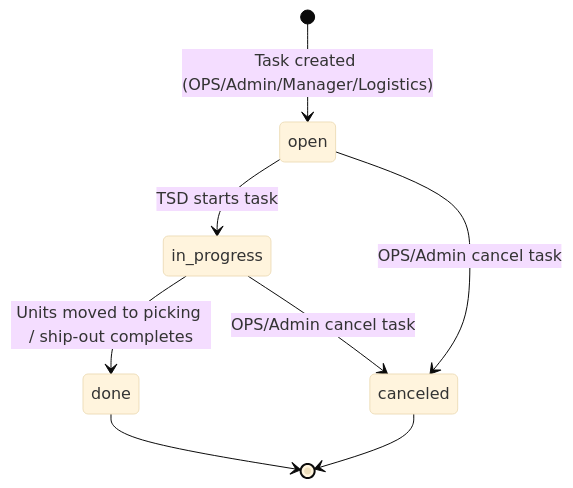
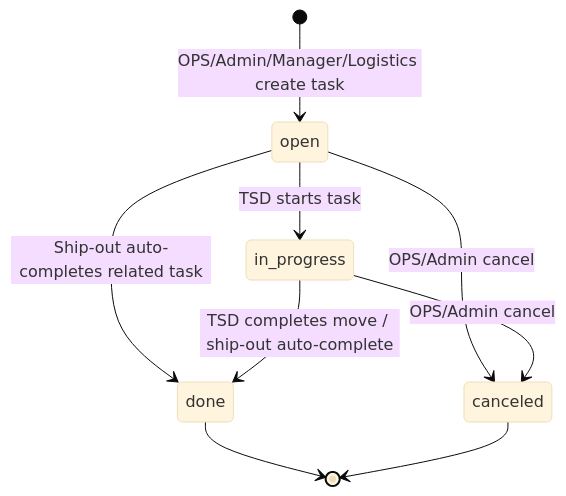
Before and after one commit to umutkara/warehouse: the seventh of 7 diagrams in docs/process/README.md, drawn with Mermaid (base theme). The commit also changed other lines of this file and 14 other files, not shown here.

````diff
--- a/docs/process/README.md
+++ b/docs/process/README.md
@@ -110,11 +166,12 @@
 ```mermaid
 stateDiagram-v2
-  [*] --> open: Task created (OPS/Admin/Manager/Logistics)
+  [*] --> open: OPS/Admin/Manager/Logistics create task
   open --> in_progress: TSD starts task
-  in_progress --> done: Units moved to picking / ship-out completes
-  open --> canceled: OPS/Admin cancel task
-  in_progress --> canceled: OPS/Admin cancel task
+  open --> done: Ship-out auto-completes related task
+  in_progress --> done: TSD completes move / ship-out auto-complete
+  open --> canceled: OPS/Admin cancel
+  in_progress --> canceled: OPS/Admin cancel
 
   done --> [*]
   canceled --> [*]
 ```
````
